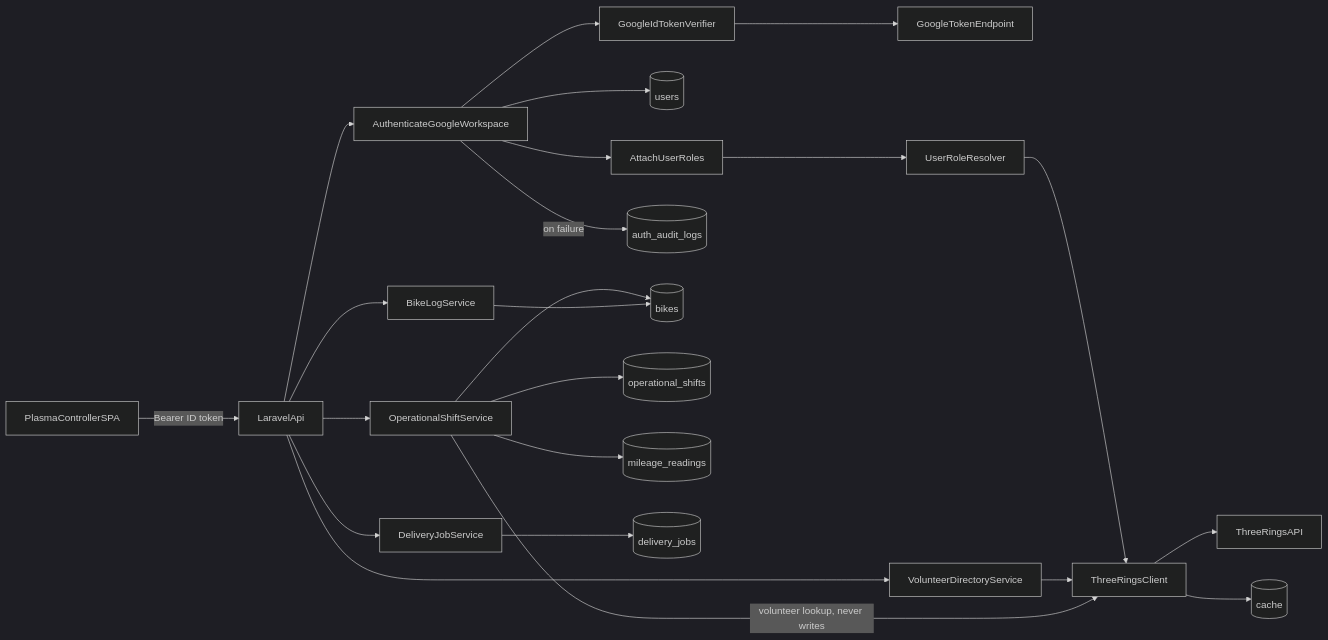
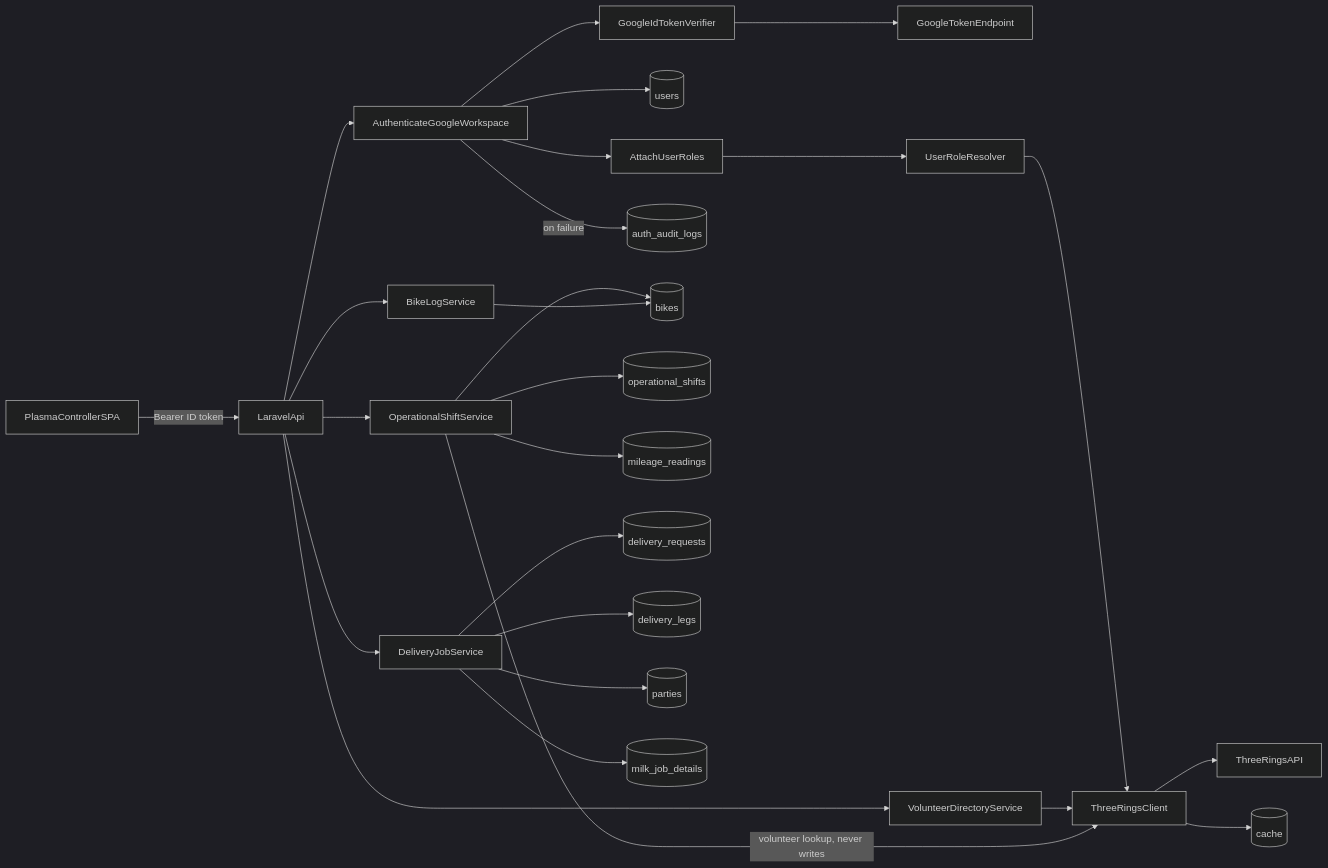
One commit to blood-bikes-wales/plasma-api changed the diagram in docs/technical/architecture.md. Above: the diagram before and after it, drawn with Mermaid (dark theme). The commit also changed other lines of this file and 43 other files, not shown here.

First line of the commit message:
Normalize delivery jobs into requests, legs, parties, and milk details. (#49)

````diff
--- a/docs/technical/architecture.md
+++ b/docs/technical/architecture.md
@@ -28,25 +28,28 @@
 ```mermaid
 flowchart LR
   Spa[PlasmaControllerSPA] -->|"Bearer ID token"| Api[LaravelApi]
   Api --> AuthMw[AuthenticateGoogleWorkspace]
   AuthMw --> Verifier[GoogleIdTokenVerifier]
   Verifier --> Google[GoogleTokenEndpoint]
   AuthMw --> Users[(users)]
   AuthMw --> RolesMw[AttachUserRoles]
   RolesMw --> Resolver[UserRoleResolver]
   Resolver --> ThreeRingsClient
   AuthMw -->|"on failure"| Audit[(auth_audit_logs)]
   Api --> Shifts[OperationalShiftService]
   Shifts --> Bikes[(bikes)]
   Shifts --> Duty[(operational_shifts)]
   Shifts --> Mileage[(mileage_readings)]
   Api --> Jobs[DeliveryJobService]
-  Jobs --> DeliveryJobs[(delivery_jobs)]
+  Jobs --> Requests[(delivery_requests)]
+  Jobs --> Legs[(delivery_legs)]
+  Jobs --> Parties[(parties)]
+  Jobs --> Milk[(milk_job_details)]
   Api --> Directory[VolunteerDirectoryService]
   Api --> BikeLog[BikeLogService]
   BikeLog --> Bikes
   Directory --> ThreeRingsClient
   Shifts -->|"volunteer lookup, never writes"| ThreeRingsClient
   ThreeRingsClient --> ThreeR[ThreeRingsAPI]
   ThreeRingsClient --> Cache[(cache)]
 ```
````
